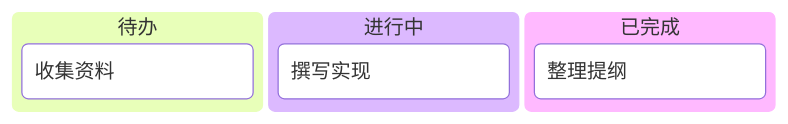
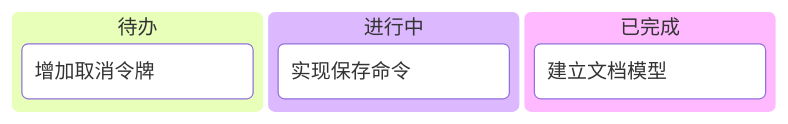
The eighth of 24 diagrams in docs/演示文档/Mermaid 图表图鉴.md (dotnet9/Vex), drawn with Mermaid before and after one commit. The commit also changed other lines of this file and 23 other files, not shown here.

Commit message:
完善(演示文档)：围绕 .NET 与 Avalonia 重编示例并补齐 24 类图表

````diff
--- a/docs/演示文档/Mermaid 图表图鉴.md
+++ b/docs/演示文档/Mermaid 图表图鉴.md
@@ -106,9 +109,9 @@
 ```mermaid
 kanban
   todo[待办]
-    a[收集资料]
+    a[增加取消令牌]
   doing[进行中]
-    b[撰写实现]
+    b[实现保存命令]
   done[已完成]
-    c[整理提纲]
+    c[建立文档模型]
 ```
````
